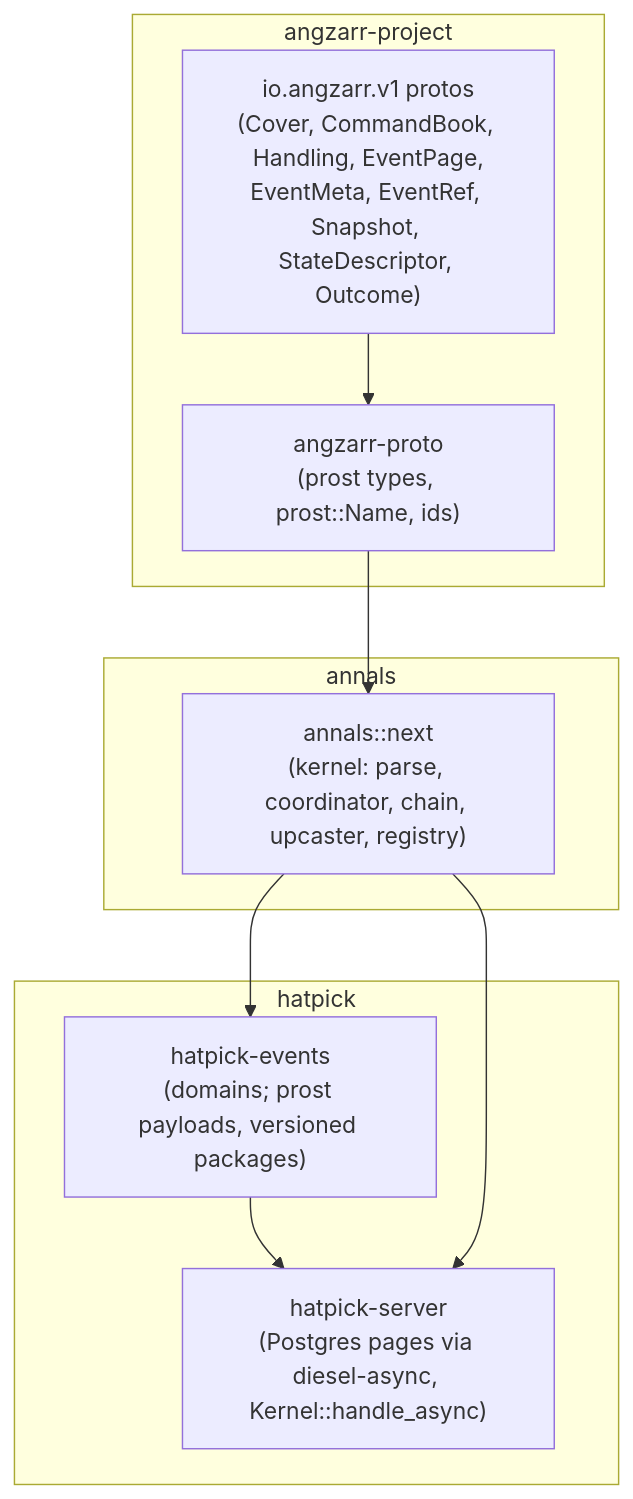
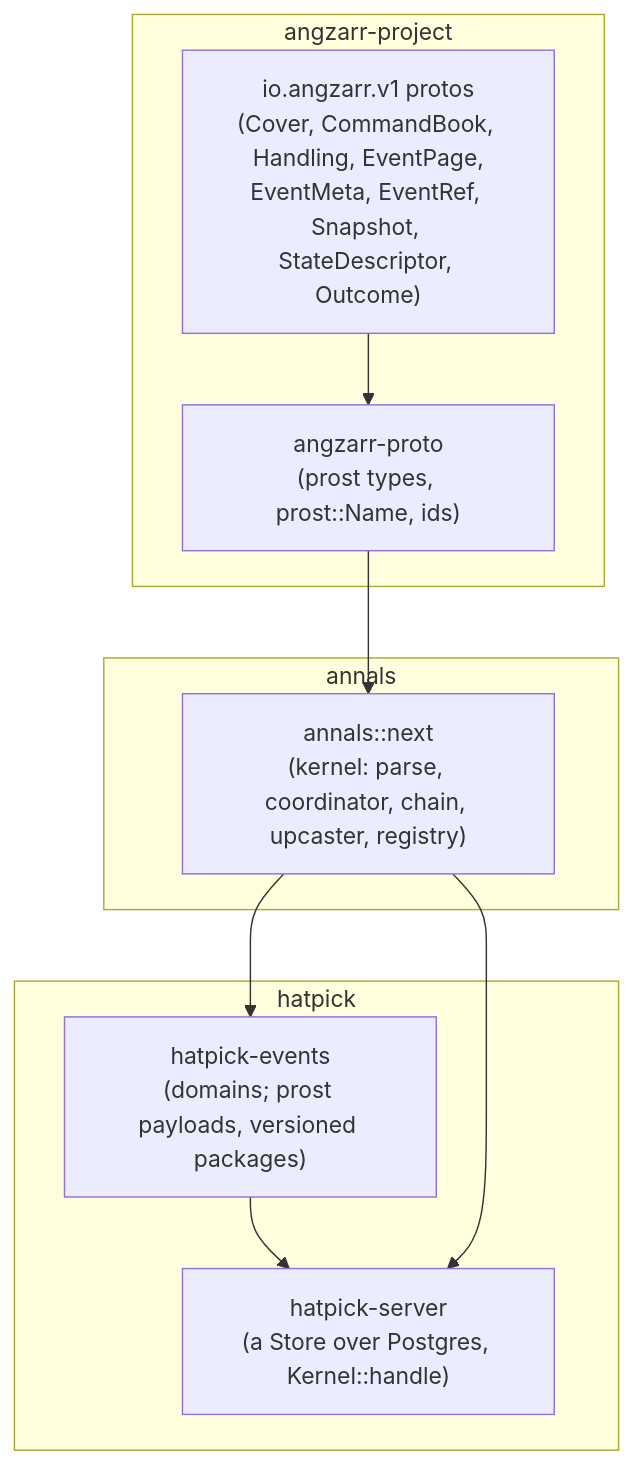
The diagram in docs/design/audit.md (angzarr-io/angzarr-embedded), drawn with Mermaid before and after one commit. The commit also changed other lines of this file and 20 other files, not shown here.

````diff
--- a/docs/design/audit.md
+++ b/docs/design/audit.md
@@ -51,19 +51,19 @@
 ```mermaid
 flowchart TB
   subgraph angzarr-project
     P["io.angzarr.v1 protos<br/>(Cover, CommandBook, Handling, EventPage,<br/>EventMeta, EventRef, Snapshot, StateDescriptor, Outcome)"]
     AP["angzarr-proto<br/>(prost types, prost::Name, ids)"]
     P --> AP
   end
   subgraph annals
     K["annals::next<br/>(kernel: parse, coordinator, chain, upcaster, registry)"]
   end
   AP --> K
   subgraph hatpick
     E["hatpick-events<br/>(domains; prost payloads, versioned packages)"]
-    S["hatpick-server<br/>(Postgres pages via diesel-async, Kernel::handle_async)"]
+    S["hatpick-server<br/>(a Store over Postgres, Kernel::handle)"]
     E --> S
   end
   K --> E
   K --> S
 ```
````
